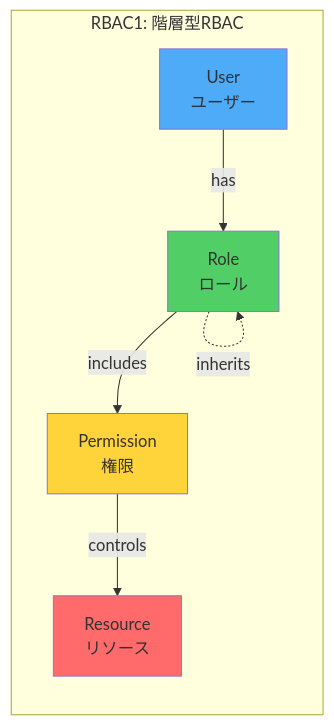
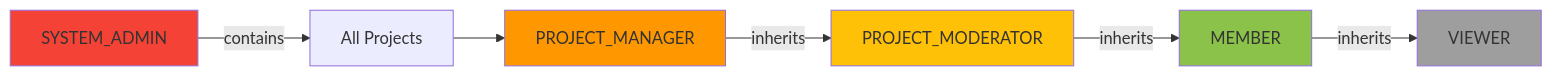
The second of 11 diagrams in docs/specifications/03-security/01-rbac-design.md (nomura-koshiro/genai-app-docs), drawn with Mermaid before and after one commit. The commit also changed other lines of this file and 35 other files, not shown here.

````diff
--- a/docs/specifications/03-security/01-rbac-design.md
+++ b/docs/specifications/03-security/01-rbac-design.md
@@ -103,19 +54,14 @@
 ```mermaid
 graph LR
-    subgraph "RBAC1: 階層型RBAC"
-        User[User<br/>ユーザー]
-        Role[Role<br/>ロール]
-        Permission[Permission<br/>権限]
-        Resource[Resource<br/>リソース]
+    A[SYSTEM_ADMIN] -->|contains| B[All Projects]
+    B --> C[PROJECT_MANAGER]
+    C -->|inherits| D[PROJECT_MODERATOR]
+    D -->|inherits| E[MEMBER]
+    E -->|inherits| F[VIEWER]
 
-        User -->|has| Role
-        Role -->|includes| Permission
-        Permission -->|controls| Resource
-        Role -.inherits.-> Role
-    end
-
-    style User fill:#4dabf7
-    style Role fill:#51cf66
-    style Permission fill:#ffd43b
-    style Resource fill:#ff6b6b
+    style A fill:#F44336
+    style C fill:#FF9800
+    style D fill:#FFC107
+    style E fill:#8BC34A
+    style F fill:#9E9E9E
 ```
````
